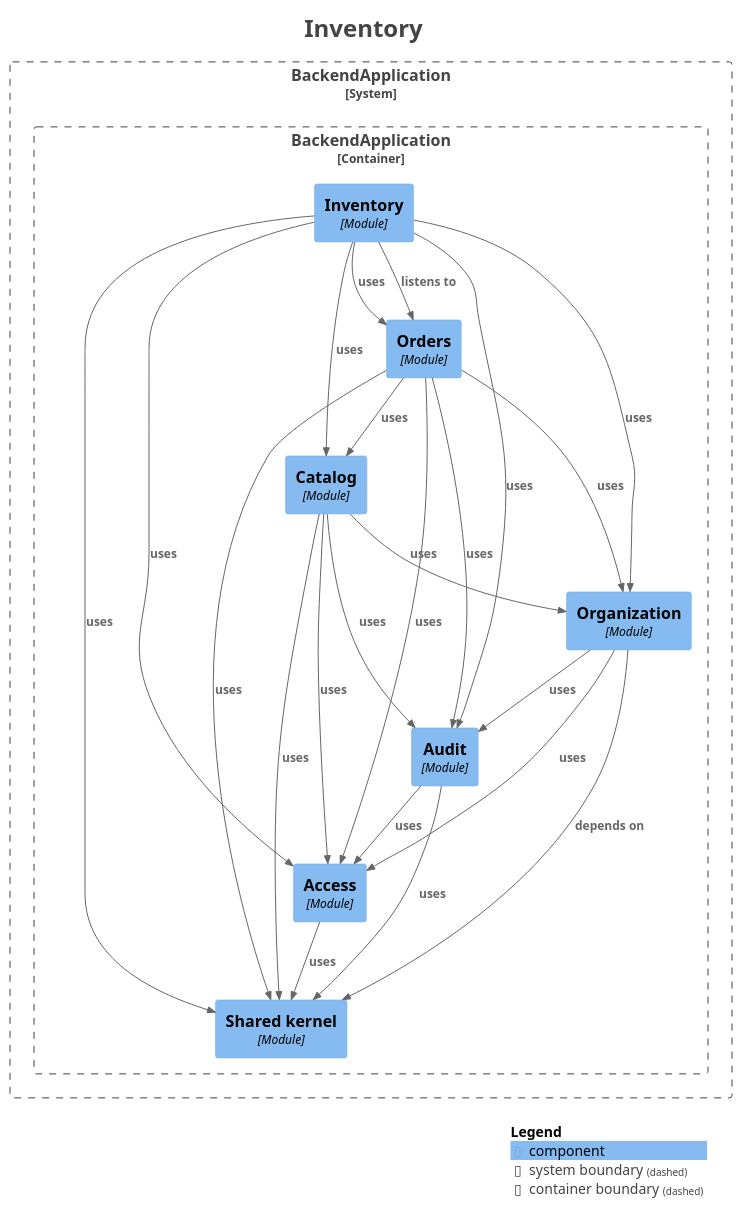
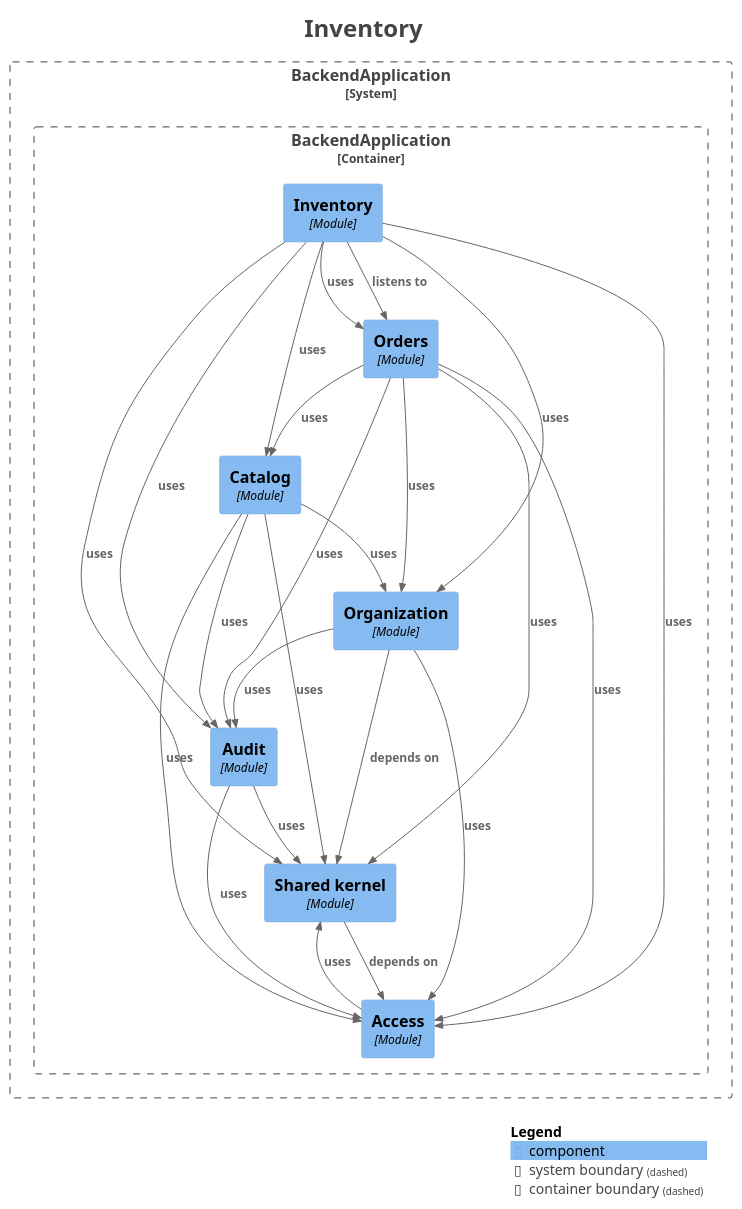
The diagram in docs/architecture/modules/module-inventory.puml (fxavier/restaurantePRO), drawn with PlantUML before and after one commit. The commit also changed 33 other files, not shown here.

```diff
--- a/docs/architecture/modules/module-inventory.puml
+++ b/docs/architecture/modules/module-inventory.puml
@@ -1,56 +1,57 @@
 @startuml
 title <size:24>Inventory</size>
 
 set separator none
 top to bottom direction
 
 <style>
   root {
     BackgroundColor: #ffffff
     FontColor: #444444
   }
 </style>
 
 !include <C4/C4>
 !include <C4/C4_Context>
 !include <C4/C4_Component>
 
 System_Boundary("BackendApplication_boundary", "BackendApplication", $tags="") {
   Container_Boundary("BackendApplication.BackendApplication_boundary", "BackendApplication", $tags="") {
+    Component(BackendApplication.BackendApplication.Inventory, "Inventory", $techn="Module", $descr="", $tags="", $link="")
     Component(BackendApplication.BackendApplication.Orders, "Orders", $techn="Module", $descr="", $tags="", $link="")
-    Component(BackendApplication.BackendApplication.Inventory, "Inventory", $techn="Module", $descr="", $tags="", $link="")
+    Component(BackendApplication.BackendApplication.Organization, "Organization", $techn="Module", $descr="", $tags="", $link="")
     Component(BackendApplication.BackendApplication.Sharedkernel, "Shared kernel", $techn="Module", $descr="", $tags="", $link="")
     Component(BackendApplication.BackendApplication.Access, "Access", $techn="Module", $descr="", $tags="", $link="")
     Component(BackendApplication.BackendApplication.Audit, "Audit", $techn="Module", $descr="", $tags="", $link="")
-    Component(BackendApplication.BackendApplication.Organization, "Organization", $techn="Module", $descr="", $tags="", $link="")
     Component(BackendApplication.BackendApplication.Catalog, "Catalog", $techn="Module", $descr="", $tags="", $link="")
   }
 
 }
 
-Rel(BackendApplication.BackendApplication.Catalog, BackendApplication.BackendApplication.Access, "uses", $techn="", $tags="", $link="")
-Rel(BackendApplication.BackendApplication.Catalog, BackendApplication.BackendApplication.Sharedkernel, "uses", $techn="", $tags="", $link="")
-Rel(BackendApplication.BackendApplication.Catalog, BackendApplication.BackendApplication.Audit, "uses", $techn="", $tags="", $link="")
-Rel(BackendApplication.BackendApplication.Catalog, BackendApplication.BackendApplication.Organization, "uses", $techn="", $tags="", $link="")
-Rel(BackendApplication.BackendApplication.Orders, BackendApplication.BackendApplication.Access, "uses", $techn="", $tags="", $link="")
-Rel(BackendApplication.BackendApplication.Orders, BackendApplication.BackendApplication.Catalog, "uses", $techn="", $tags="", $link="")
-Rel(BackendApplication.BackendApplication.Orders, BackendApplication.BackendApplication.Audit, "uses", $techn="", $tags="", $link="")
-Rel(BackendApplication.BackendApplication.Orders, BackendApplication.BackendApplication.Sharedkernel, "uses", $techn="", $tags="", $link="")
-Rel(BackendApplication.BackendApplication.Orders, BackendApplication.BackendApplication.Organization, "uses", $techn="", $tags="", $link="")
-Rel(BackendApplication.BackendApplication.Organization, BackendApplication.BackendApplication.Sharedkernel, "depends on", $techn="", $tags="", $link="")
-Rel(BackendApplication.BackendApplication.Organization, BackendApplication.BackendApplication.Audit, "uses", $techn="", $tags="", $link="")
-Rel(BackendApplication.BackendApplication.Organization, BackendApplication.BackendApplication.Access, "uses", $techn="", $tags="", $link="")
-Rel(BackendApplication.BackendApplication.Audit, BackendApplication.BackendApplication.Access, "uses", $techn="", $tags="", $link="")
-Rel(BackendApplication.BackendApplication.Audit, BackendApplication.BackendApplication.Sharedkernel, "uses", $techn="", $tags="", $link="")
 Rel(BackendApplication.BackendApplication.Inventory, BackendApplication.BackendApplication.Orders, "listens to", $techn="", $tags="", $link="")
 Rel(BackendApplication.BackendApplication.Inventory, BackendApplication.BackendApplication.Organization, "uses", $techn="", $tags="", $link="")
 Rel(BackendApplication.BackendApplication.Inventory, BackendApplication.BackendApplication.Access, "uses", $techn="", $tags="", $link="")
 Rel(BackendApplication.BackendApplication.Inventory, BackendApplication.BackendApplication.Orders, "uses", $techn="", $tags="", $link="")
 Rel(BackendApplication.BackendApplication.Inventory, BackendApplication.BackendApplication.Audit, "uses", $techn="", $tags="", $link="")
 Rel(BackendApplication.BackendApplication.Inventory, BackendApplication.BackendApplication.Catalog, "uses", $techn="", $tags="", $link="")
 Rel(BackendApplication.BackendApplication.Inventory, BackendApplication.BackendApplication.Sharedkernel, "uses", $techn="", $tags="", $link="")
+Rel(BackendApplication.BackendApplication.Orders, BackendApplication.BackendApplication.Access, "uses", $techn="", $tags="", $link="")
+Rel(BackendApplication.BackendApplication.Orders, BackendApplication.BackendApplication.Catalog, "uses", $techn="", $tags="", $link="")
+Rel(BackendApplication.BackendApplication.Orders, BackendApplication.BackendApplication.Sharedkernel, "uses", $techn="", $tags="", $link="")
+Rel(BackendApplication.BackendApplication.Orders, BackendApplication.BackendApplication.Audit, "uses", $techn="", $tags="", $link="")
+Rel(BackendApplication.BackendApplication.Orders, BackendApplication.BackendApplication.Organization, "uses", $techn="", $tags="", $link="")
+Rel(BackendApplication.BackendApplication.Sharedkernel, BackendApplication.BackendApplication.Access, "depends on", $techn="", $tags="", $link="")
+Rel(BackendApplication.BackendApplication.Catalog, BackendApplication.BackendApplication.Access, "uses", $techn="", $tags="", $link="")
+Rel(BackendApplication.BackendApplication.Catalog, BackendApplication.BackendApplication.Sharedkernel, "uses", $techn="", $tags="", $link="")
+Rel(BackendApplication.BackendApplication.Catalog, BackendApplication.BackendApplication.Audit, "uses", $techn="", $tags="", $link="")
+Rel(BackendApplication.BackendApplication.Catalog, BackendApplication.BackendApplication.Organization, "uses", $techn="", $tags="", $link="")
+Rel(BackendApplication.BackendApplication.Organization, BackendApplication.BackendApplication.Sharedkernel, "depends on", $techn="", $tags="", $link="")
+Rel(BackendApplication.BackendApplication.Organization, BackendApplication.BackendApplication.Audit, "uses", $techn="", $tags="", $link="")
+Rel(BackendApplication.BackendApplication.Organization, BackendApplication.BackendApplication.Access, "uses", $techn="", $tags="", $link="")
 Rel(BackendApplication.BackendApplication.Access, BackendApplication.BackendApplication.Sharedkernel, "uses", $techn="", $tags="", $link="")
+Rel(BackendApplication.BackendApplication.Audit, BackendApplication.BackendApplication.Access, "uses", $techn="", $tags="", $link="")
+Rel(BackendApplication.BackendApplication.Audit, BackendApplication.BackendApplication.Sharedkernel, "uses", $techn="", $tags="", $link="")
 
 SHOW_LEGEND(true)
 hide stereotypes
 @enduml
```
